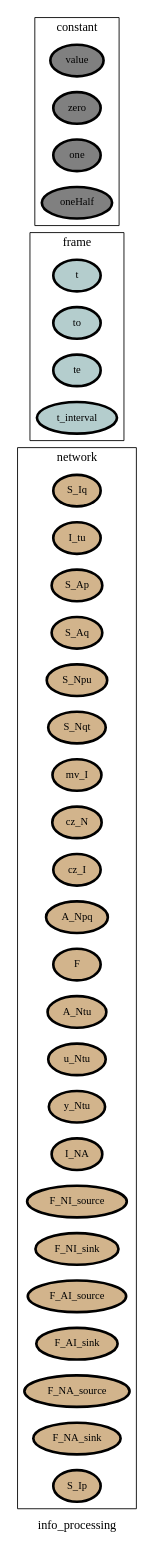
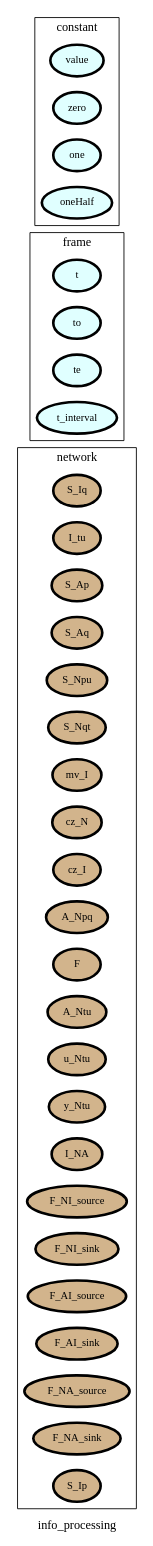
The diagram in ontology_graphs/graph__info_processing.dot (heinz-preisig/processes_000_HAP), drawn with Graphviz before and after one commit. The commit also changed 804 other files, not shown here.

```diff
--- a/ontology_graphs/graph__info_processing.dot
+++ b/ontology_graphs/graph__info_processing.dot
@@ -1,54 +1,54 @@
 digraph info_processing {
 label=info_processing;
 rankdir=LR;
 subgraph cluster_info_processing___network {
 label=network;
 rankdir=LR;
 V_10 [fillcolor=tan, fontsize=12, label=S_Iq, penwidth=3, style=filled];
 V_11 [fillcolor=tan, fontsize=12, label=I_tu, penwidth=3, style=filled];
 V_12 [fillcolor=tan, fontsize=12, label=S_Ap, penwidth=3, style=filled];
 V_13 [fillcolor=tan, fontsize=12, label=S_Aq, penwidth=3, style=filled];
 V_14 [fillcolor=tan, fontsize=12, label=S_Npu, penwidth=3, style=filled];
 V_15 [fillcolor=tan, fontsize=12, label=S_Nqt, penwidth=3, style=filled];
 V_16 [fillcolor=tan, fontsize=12, label=mv_I, penwidth=3, style=filled];
 V_17 [fillcolor=tan, fontsize=12, label=cz_N, penwidth=3, style=filled];
 V_18 [fillcolor=tan, fontsize=12, label=cz_I, penwidth=3, style=filled];
 V_19 [fillcolor=tan, fontsize=12, label=A_Npq, penwidth=3, style=filled];
 V_2 [fillcolor=tan, fontsize=12, label=F, penwidth=3, style=filled];
 V_20 [fillcolor=tan, fontsize=12, label=A_Ntu, penwidth=3, style=filled];
 V_21 [fillcolor=tan, fontsize=12, label=u_Ntu, penwidth=3, style=filled];
 V_22 [fillcolor=tan, fontsize=12, label=y_Ntu, penwidth=3, style=filled];
 V_27 [fillcolor=tan, fontsize=12, label=I_NA, penwidth=3, style=filled];
 V_3 [fillcolor=tan, fontsize=12, label=F_NI_source, penwidth=3, style=filled];
 V_4 [fillcolor=tan, fontsize=12, label=F_NI_sink, penwidth=3, style=filled];
 V_5 [fillcolor=tan, fontsize=12, label=F_AI_source, penwidth=3, style=filled];
 V_6 [fillcolor=tan, fontsize=12, label=F_AI_sink, penwidth=3, style=filled];
 V_7 [fillcolor=tan, fontsize=12, label=F_NA_source, penwidth=3, style=filled];
 V_8 [fillcolor=tan, fontsize=12, label=F_NA_sink, penwidth=3, style=filled];
 V_9 [fillcolor=tan, fontsize=12, label=S_Ip, penwidth=3, style=filled];
 }
 
 subgraph cluster_info_processing___frame {
 label=frame;
 rankdir=LR;
-V_1 [fillcolor=lightcyan3, fontsize=12, label=t, penwidth=3, style=filled];
-V_105 [fillcolor=lightcyan3, fontsize=12, label=to, penwidth=3, style=filled];
-V_106 [fillcolor=lightcyan3, fontsize=12, label=te, penwidth=3, style=filled];
-V_107 [fillcolor=lightcyan3, fontsize=12, label=t_interval, penwidth=3, style=filled];
+V_1 [fillcolor=lightcyan, fontsize=12, label=t, penwidth=3, style=filled];
+V_105 [fillcolor=lightcyan, fontsize=12, label=to, penwidth=3, style=filled];
+V_106 [fillcolor=lightcyan, fontsize=12, label=te, penwidth=3, style=filled];
+V_107 [fillcolor=lightcyan, fontsize=12, label=t_interval, penwidth=3, style=filled];
 }
 
 subgraph cluster_info_processing___state {
 label=state;
 rankdir=LR;
 }
 
 subgraph cluster_info_processing___constant {
 label=constant;
 rankdir=LR;
-V_101 [fillcolor=grey, fontsize=12, label=value, penwidth=3, style=filled];
-V_102 [fillcolor=grey, fontsize=12, label=zero, penwidth=3, style=filled];
-V_103 [fillcolor=grey, fontsize=12, label=one, penwidth=3, style=filled];
-V_104 [fillcolor=grey, fontsize=12, label=oneHalf, penwidth=3, style=filled];
+V_101 [fillcolor=lightcyan1, fontsize=12, label=value, penwidth=3, style=filled];
+V_102 [fillcolor=lightcyan1, fontsize=12, label=zero, penwidth=3, style=filled];
+V_103 [fillcolor=lightcyan1, fontsize=12, label=one, penwidth=3, style=filled];
+V_104 [fillcolor=lightcyan1, fontsize=12, label=oneHalf, penwidth=3, style=filled];
 }
 
 }
```
